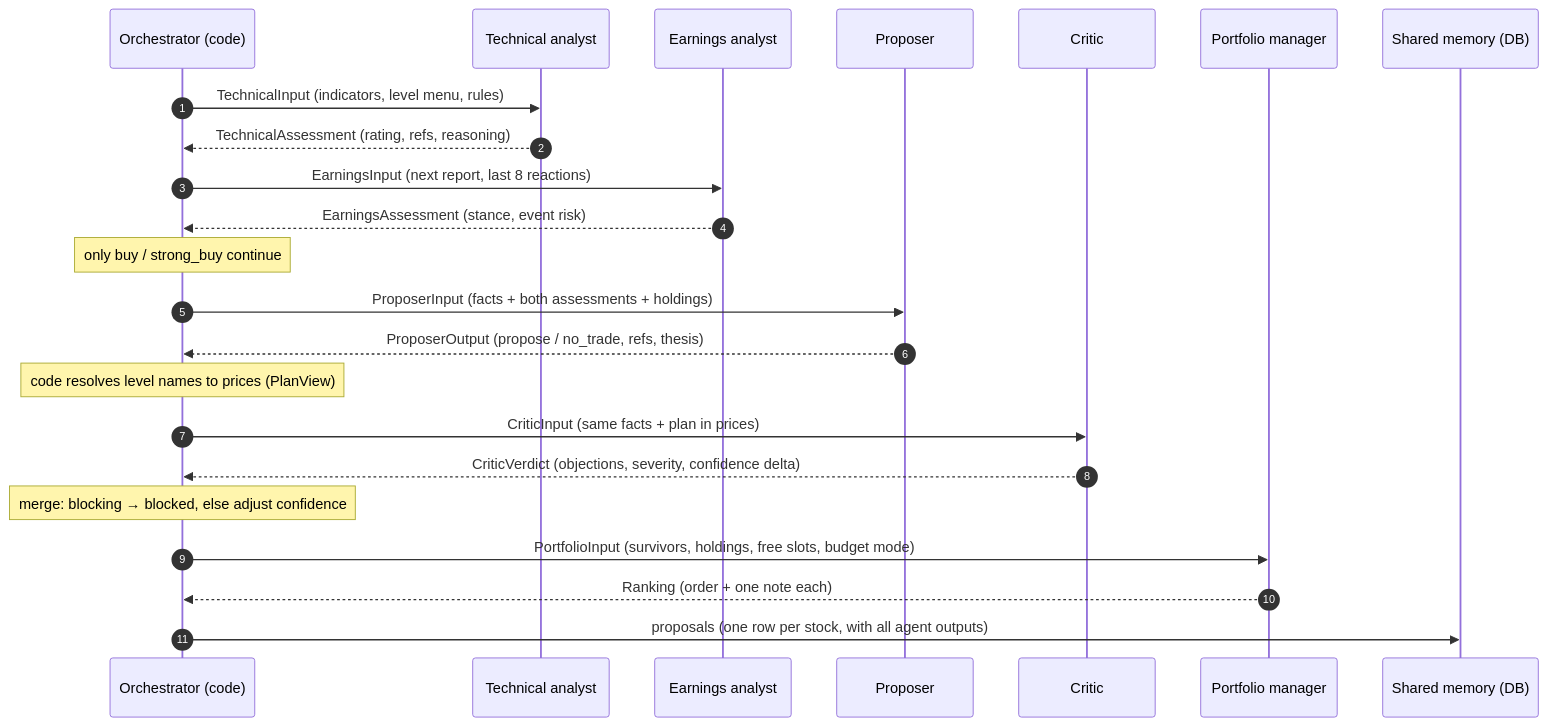
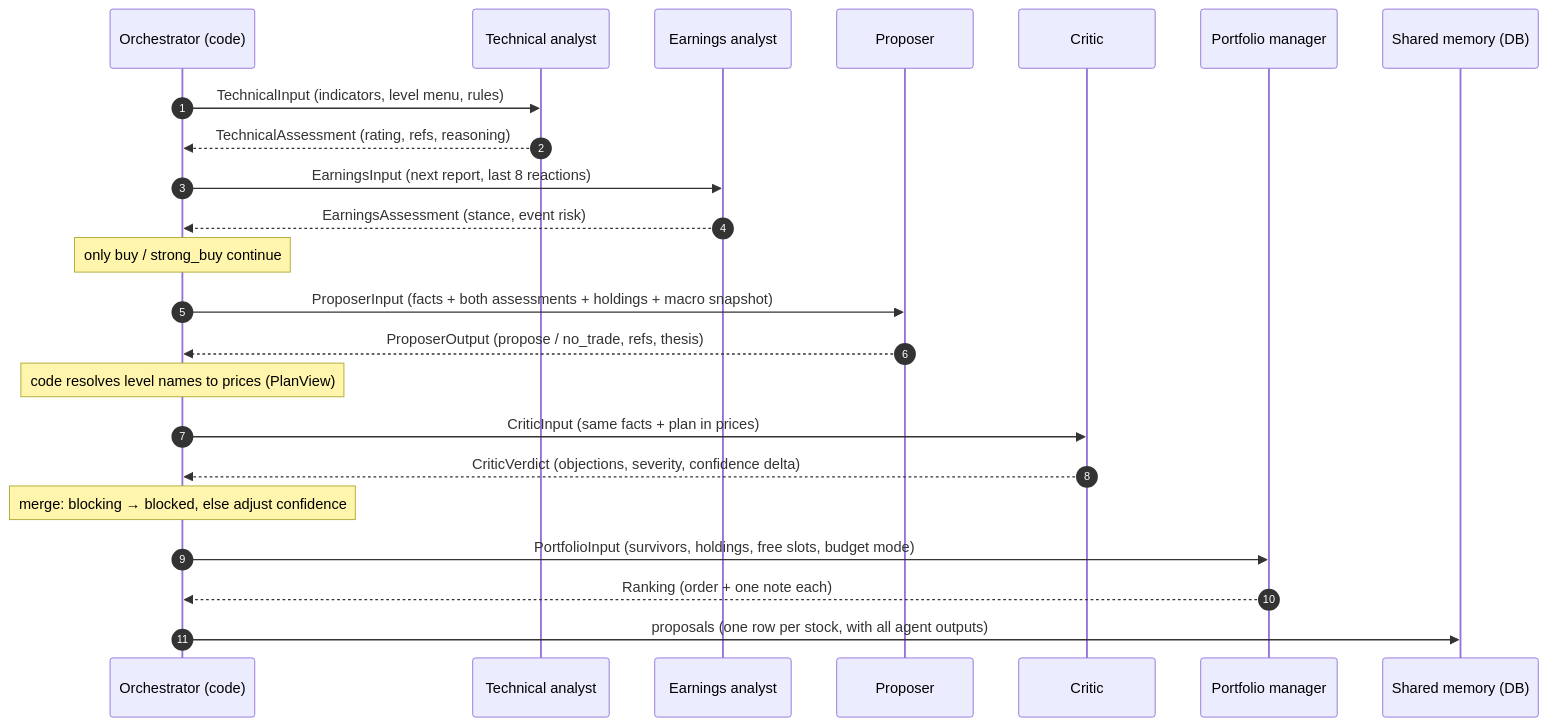
One commit to klausrossmann/trading-agent changed the third of 3 diagrams in MAS-DESIGN.md. Above: the diagram before and after it, drawn with Mermaid. The commit also changed other lines of this file and 36 other files, not shown here.

First line of the commit message:
Follow-ups: blocked and blacklisted symbols out of the scan, full risk rules in simulated books, optional trailing stop and regime gate, macro context for the proposer, local dev stack

````diff
--- a/MAS-DESIGN.md
+++ b/MAS-DESIGN.md
@@ -156,25 +158,25 @@
 ```mermaid
 sequenceDiagram
     autonumber
     participant O as Orchestrator (code)
     participant T as Technical analyst
     participant E as Earnings analyst
     participant P as Proposer
     participant C as Critic
     participant M as Portfolio manager
     participant DB as Shared memory (DB)
     O->>T: TechnicalInput (indicators, level menu, rules)
     T-->>O: TechnicalAssessment (rating, refs, reasoning)
     O->>E: EarningsInput (next report, last 8 reactions)
     E-->>O: EarningsAssessment (stance, event risk)
     Note over O: only buy / strong_buy continue
-    O->>P: ProposerInput (facts + both assessments + holdings)
+    O->>P: ProposerInput (facts + both assessments + holdings + macro snapshot)
     P-->>O: ProposerOutput (propose / no_trade, refs, thesis)
     Note over O: code resolves level names to prices (PlanView)
     O->>C: CriticInput (same facts + plan in prices)
     C-->>O: CriticVerdict (objections, severity, confidence delta)
     Note over O: merge: blocking → blocked, else adjust confidence
     O->>M: PortfolioInput (survivors, holdings, free slots, budget mode)
     M-->>O: Ranking (order + one note each)
     O->>DB: proposals (one row per stock, with all agent outputs)
 ```
````
